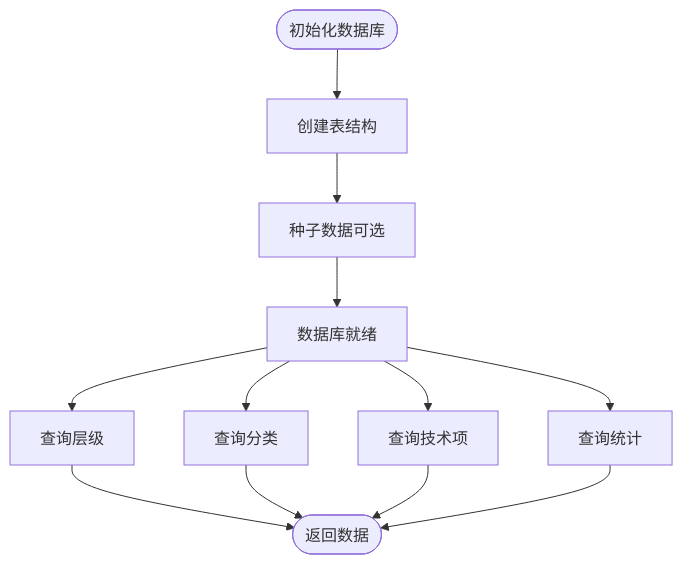
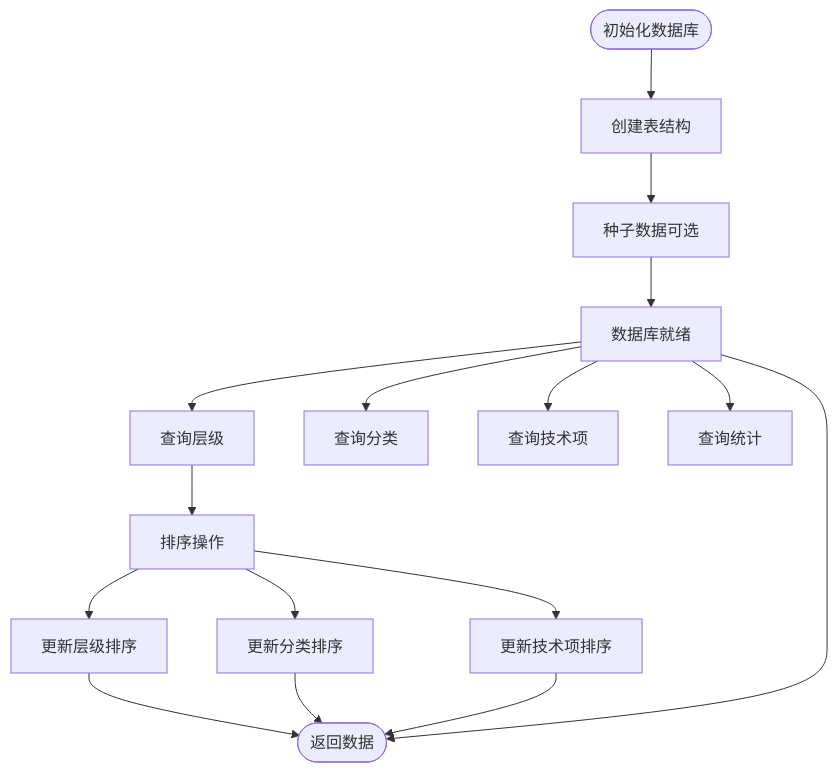
One commit to tutusiji/lantu-next changed the fourth of 7 diagrams in .qoder/repowiki/zh/content/开发指南/开发指南.md. Above: the diagram before and after it, drawn with Mermaid. The commit also changed other lines of this file and 22 other files, not shown here.

````diff
--- a/.qoder/repowiki/zh/content/开发指南/开发指南.md
+++ b/.qoder/repowiki/zh/content/开发指南/开发指南.md
@@ -200,14 +279,18 @@
 ```mermaid
 flowchart TD
 Start(["初始化数据库"]) --> CreateTables["创建表结构"]
 CreateTables --> Seed["种子数据可选"]
 Seed --> Ready["数据库就绪"]
 Ready --> GetLayers["查询层级"]
 Ready --> GetCats["查询分类"]
 Ready --> GetItems["查询技术项"]
 Ready --> GetStats["查询统计"]
-GetLayers --> End(["返回数据"])
-GetCats --> End
-GetItems --> End
-GetStats --> End
+GetLayers --> OrderOps["排序操作"]
+OrderOps --> UpdateLayerOrder["更新层级排序"]
+OrderOps --> UpdateCategoryOrder["更新分类排序"]
+OrderOps --> UpdateTechItemOrder["更新技术项排序"]
+UpdateLayerOrder --> End(["返回数据"])
+UpdateCategoryOrder --> End
+UpdateTechItemOrder --> End
+Ready --> End
 ```
````
